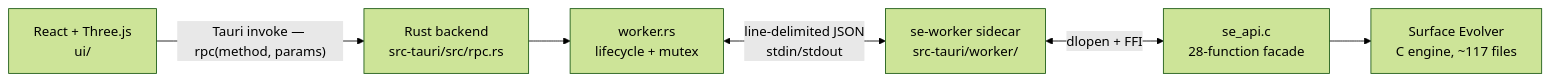
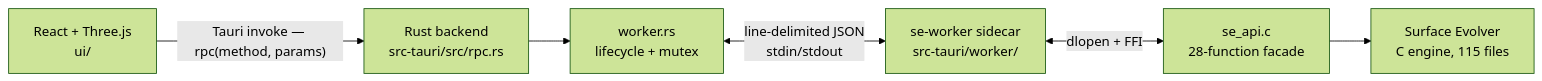
One commit to sersergious/surface-evolver changed the diagram in README.md. Above: the diagram before and after it, drawn with Mermaid (forest theme). The commit also changed other lines of this file and 15 other files, not shown here.

First line of the commit message:
docs: bring README, AGENTS, ARCHITECTURE and comments in line with the code; rewrite CHANGELOG as stages

````diff
--- a/README.md
+++ b/README.md
@@ -136,8 +135,8 @@
 ```mermaid
 flowchart LR
     UI["React + Three.js<br/>ui/"] -->|"Tauri invoke — rpc(method, params)"| RPC["Rust backend<br/>src-tauri/src/rpc.rs"]
     RPC --> Mgr["worker.rs<br/>lifecycle + mutex"]
     Mgr <-->|"line-delimited JSON<br/>stdin/stdout"| W["se-worker sidecar<br/>src-tauri/worker/"]
     W <-->|"dlopen + FFI"| Facade["se_api.c<br/>28-function facade"]
-    Facade --> Engine["Surface Evolver<br/>C engine, ~117 files"]
+    Facade --> Engine["Surface Evolver<br/>C engine, 115 files"]
 ```
````
